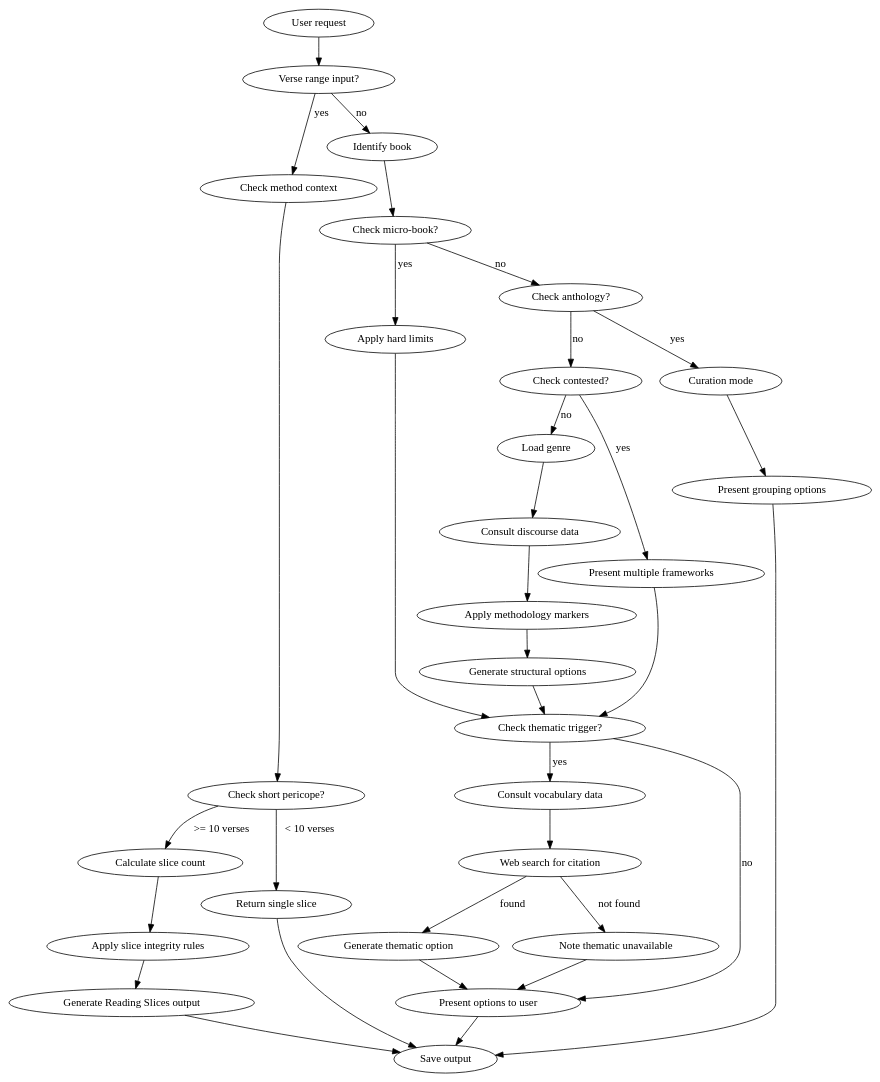
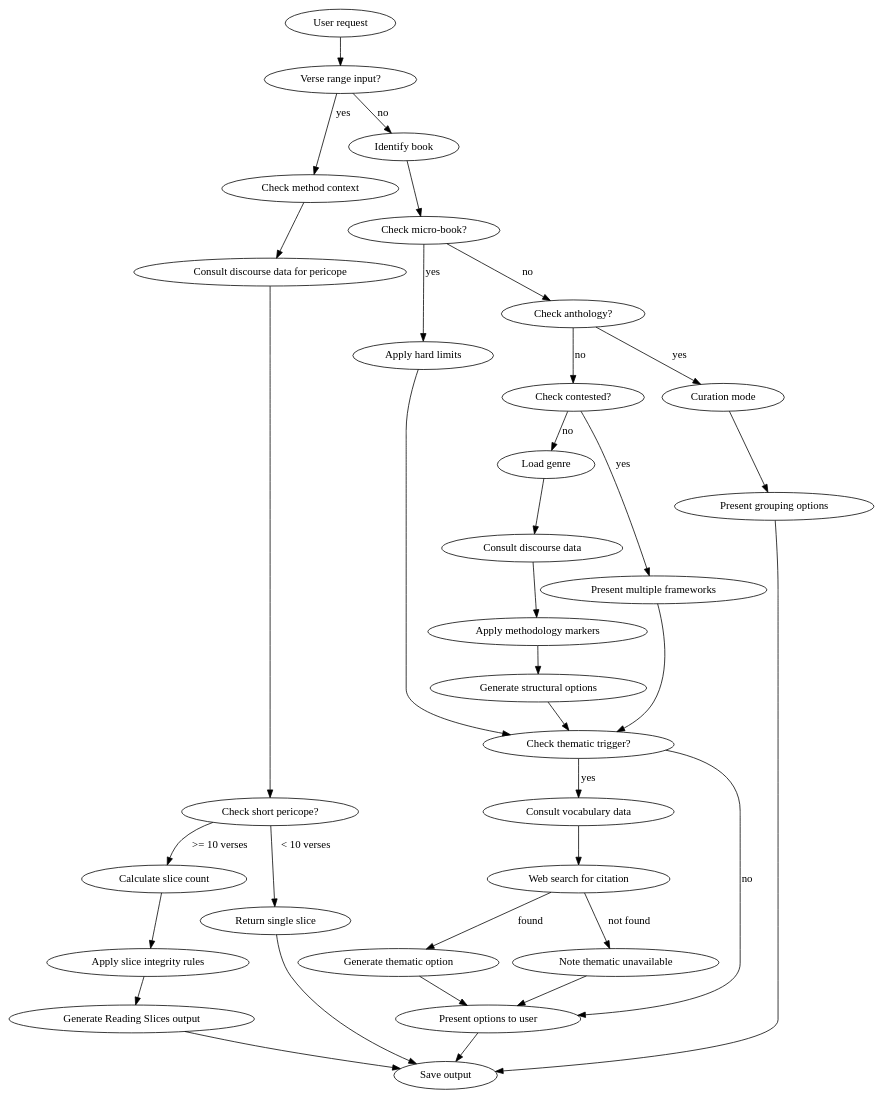
Before and after one commit to davebream/claude-of-alexandria: the diagram in plugins/claude-of-alexandria/skills/biblical-segmentation/SKILL.md, drawn with Graphviz. The commit also changed other lines of this file and 1 other file, not shown here.

````diff
--- a/plugins/claude-of-alexandria/skills/biblical-segmentation/SKILL.md
+++ b/plugins/claude-of-alexandria/skills/biblical-segmentation/SKILL.md
@@ -207,44 +208,45 @@
 ```dot
 digraph workflow {
   "User request" -> "Verse range input?";
 
   // Slice mode branch (Rule 9)
   "Verse range input?" -> "Check method context" [label="yes"];
   "Verse range input?" -> "Identify book" [label="no"];
-  "Check method context" -> "Check short pericope?";
+  "Check method context" -> "Consult discourse data for pericope";
+  "Consult discourse data for pericope" -> "Check short pericope?";
   "Check short pericope?" -> "Return single slice" [label="< 10 verses"];
   "Check short pericope?" -> "Calculate slice count" [label=">= 10 verses"];
   "Calculate slice count" -> "Apply slice integrity rules";
   "Apply slice integrity rules" -> "Generate Reading Slices output";
   "Generate Reading Slices output" -> "Save output";
   "Return single slice" -> "Save output";
 
   // Segmentation mode (existing)
   "Identify book" -> "Check micro-book?";
   "Check micro-book?" -> "Apply hard limits" [label="yes"];
   "Check micro-book?" -> "Check anthology?" [label="no"];
   "Check anthology?" -> "Curation mode" [label="yes"];
   "Check anthology?" -> "Check contested?" [label="no"];
   "Check contested?" -> "Present multiple frameworks" [label="yes"];
   "Check contested?" -> "Load genre" [label="no"];
   "Load genre" -> "Consult discourse data";
   "Consult discourse data" -> "Apply methodology markers";
   "Apply methodology markers" -> "Generate structural options";
 
   // Thematic branch (steps 6b, 7b)
   "Generate structural options" -> "Check thematic trigger?";
   "Check thematic trigger?" -> "Consult vocabulary data" [label="yes"];
   "Check thematic trigger?" -> "Present options to user" [label="no"];
   "Consult vocabulary data" -> "Web search for citation";
   "Web search for citation" -> "Generate thematic option" [label="found"];
   "Web search for citation" -> "Note thematic unavailable" [label="not found"];
   "Generate thematic option" -> "Present options to user";
   "Note thematic unavailable" -> "Present options to user";
 
   "Present multiple frameworks" -> "Check thematic trigger?";
   "Apply hard limits" -> "Check thematic trigger?";
   "Present options to user" -> "Save output";
   "Curation mode" -> "Present grouping options";
   "Present grouping options" -> "Save output";
 }
 ```
````
